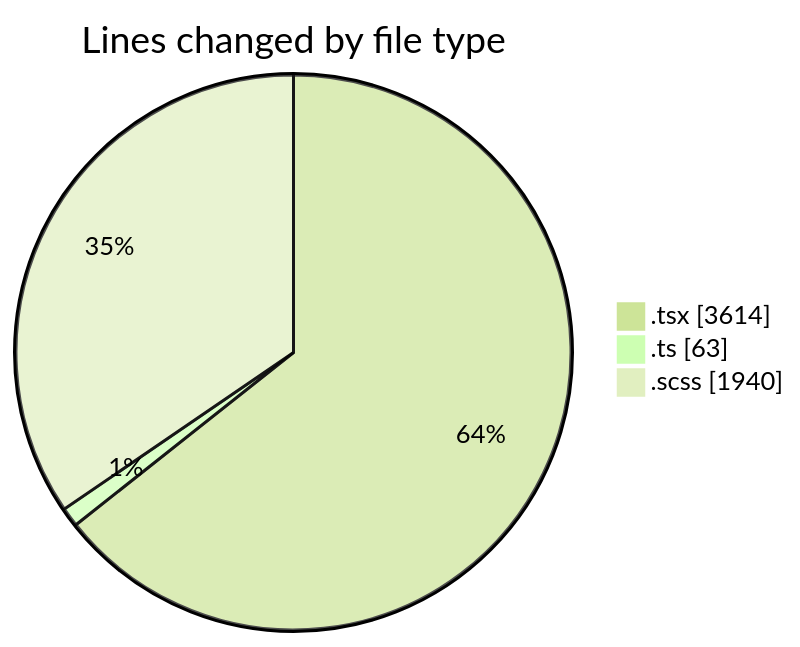
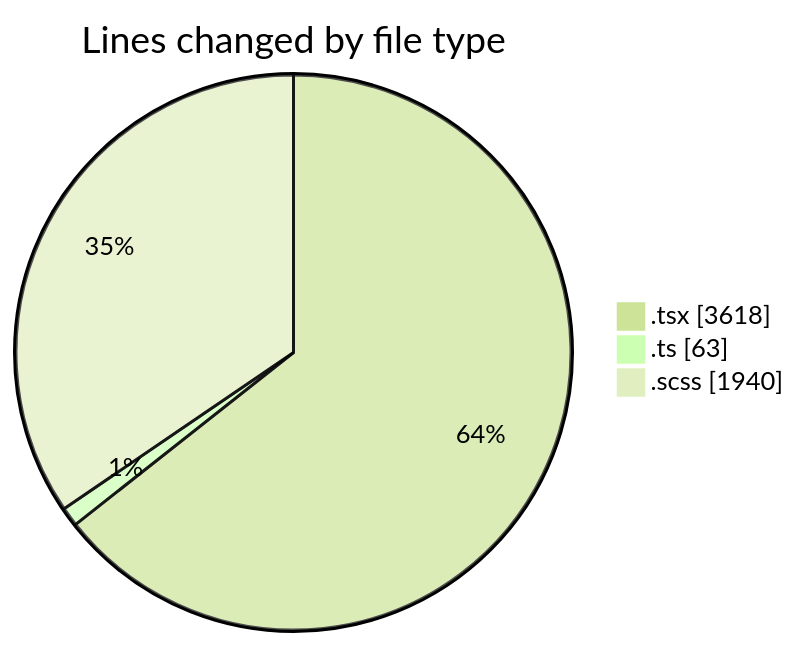
One commit to momahboobian/code-tracking changed the first of 2 diagrams in 2025-04-02/cda/README.md. Above: the diagram before and after it, drawn with Mermaid (forest theme). The commit also changed other lines of this file and 1 other file, not shown here.

````diff
--- a/2025-04-02/cda/README.md
+++ b/2025-04-02/cda/README.md
@@ -30,7 +30,7 @@
 ```mermaid
 pie showData
 title Lines changed by file type
-".tsx" : 3614
+".tsx" : 3618
 ".ts" : 63
 ".scss" : 1940
 ```
````
